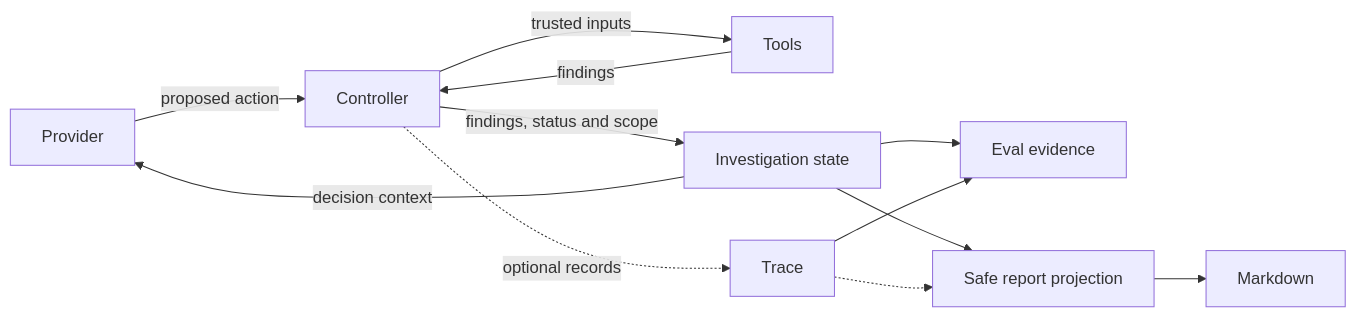
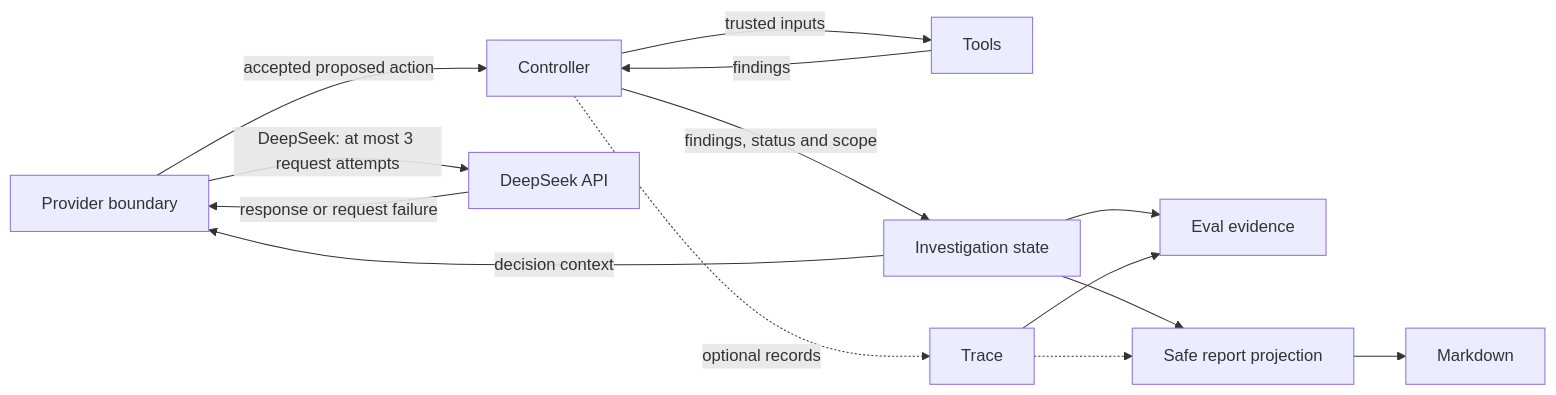
Before and after one commit to L1225777/game-logic-qa-agent: the diagram in README.md, drawn with Mermaid. The commit also changed other lines of this file and 3 other files, not shown here.

Commit message:
Harden provider failure recovery

````diff
--- a/README.md
+++ b/README.md
@@ -139,14 +140,16 @@
 ```mermaid
 flowchart LR
-    Provider -->|proposed action| Controller
+    Provider[Provider boundary] -->|accepted proposed action| Controller
+    Provider -->|DeepSeek: at most 3 request attempts| DeepSeek[DeepSeek API]
+    DeepSeek -->|response or request failure| Provider
     Controller -->|trusted inputs| Tools
     Tools -->|findings| Controller
     Controller -->|findings, status and scope| State[Investigation state]
     State -->|decision context| Provider
     Controller -.->|optional records| Trace
     State --> Eval[Eval evidence]
     Trace --> Eval
     State --> Report[Safe report projection]
     Trace -.-> Report
     Report --> Markdown
 ```
````
